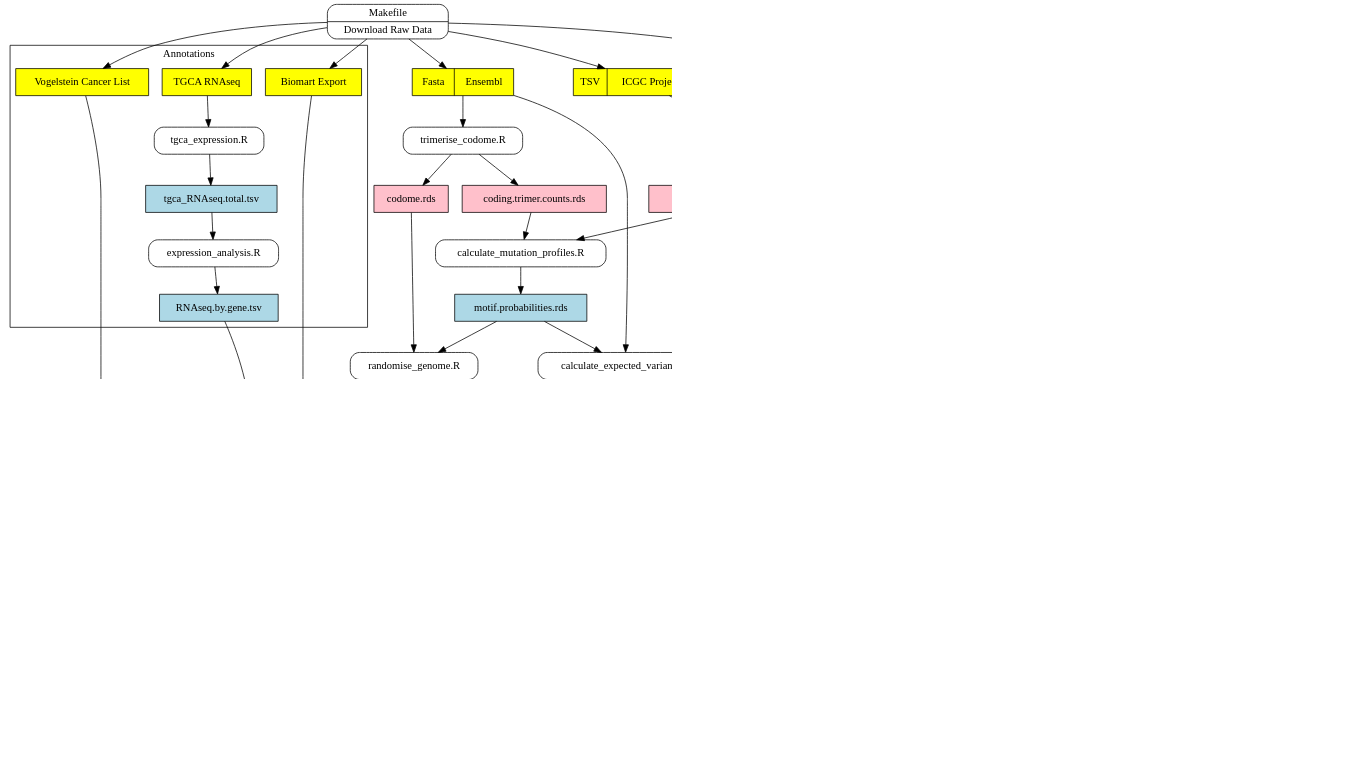
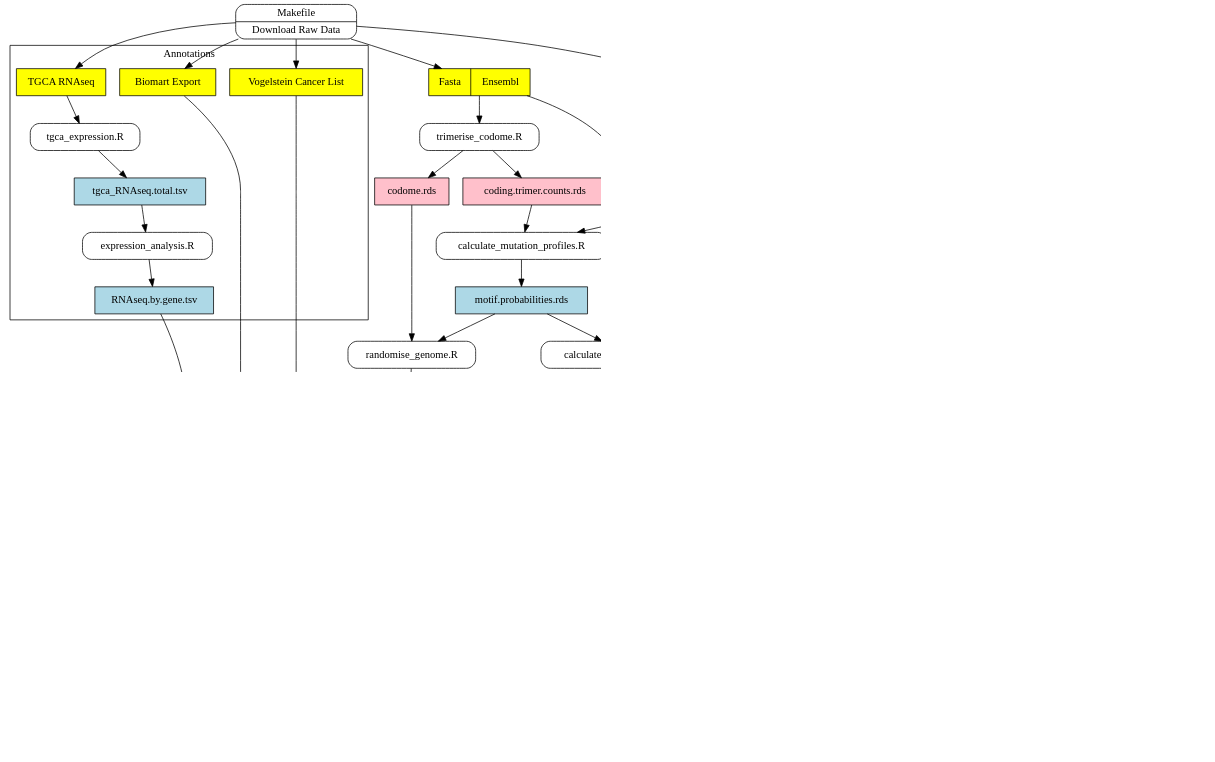
One commit to daniel-wells/somatic-selection changed the diagram in data_flow_diagram.gv. Above: the diagram before and after it, drawn with Graphviz. The commit also changed 1 other file, not shown here.

Commit message:
remove aggregated VCF from data flow diagram
now using project tsv files instead see previous commit

```diff
--- a/data_flow_diagram.gv
+++ b/data_flow_diagram.gv
@@ -1,99 +1,89 @@
 # create on the command line by:
 # dot -Tpng data_flow_diagram.gv -o data_flow_diagram.png
 digraph dfd2{
 	graph [ dpi = 150 ]; 
         node[shape=record]
         subgraph level0{
         fasta [label="Fasta | Ensembl", style=filled, fillcolor=yellow];
-        ICGCagg [label="VFC | ICGC aggregated", style=filled, fillcolor=yellow];
         ICGCindiv [label="TSV | ICGC Project SSM", style=filled, fillcolor=yellow];
-                        {rank=same; fasta,ICGCagg,ICGCindiv}
+                        {rank=same; fasta,ICGCindiv}
 
         expected [label="expected_variants_per_transcript.tsv" shape=box, style=filled, fillcolor=lightblue];
-        observed [label="observed_variants_by_transcript.tsv" shape=box, style=filled, fillcolor=lightblue];
+        observed [label="coding.mutations.rds" shape=box, style=filled, fillcolor=pink];
         dndsTranscript [label="dNdS_by_transcript.tsv" shape=box, style=filled, fillcolor=lightblue];
         dndsgene [label="dNdS_by_gene.tsv" shape=box, style=filled, fillcolor=green];
         graphs [label="Graphs.pdf" shape=box, style=filled, fillcolor=green];
-        enti14 [label="simple_somatic_mutation.aggregated.filtered.vcf" shape=box, style=filled, fillcolor=lightblue];
-        enti15 [label="observed_variants_by_transcript.filtered.tsv" shape=box, style=filled, fillcolor=lightblue];
         singleBaseCodingSubs [label="single.base.coding.substitutions.rds" shape=box, style=filled, fillcolor=pink];
         trimerCounts [label="coding.trimer.counts.rds" shape=box, style=filled, fillcolor=pink];
         motifProbs [label="motif.probabilities.rds" shape=box, style=filled, fillcolor=lightblue];
         aggMut [label="simple.somatic.mutations.aggregated.rds" shape=box, style=filled, fillcolor=pink];
 		codome [label="codome.rds" shape=box, style=filled, fillcolor=pink];
 		randomAggregated [label="random.aggregated.tsv" shape=box, style=filled, fillcolor=lightblue];
 		pvalues [label="p.values.tsv" shape=box, style=filled, fillcolor=lightblue];
 		randomisedRaw [label="randomised raw files (multiple)" shape=box, style=filled, fillcolor=lightblue];
 
         calcExpected [label="calculate_expected_variants.R}" shape=Mrecord];
         calcdnds [label="calculate_dNdS.R}" shape=Mrecord];
         analysednds [label="analyse_dNdS.R}" shape=Mrecord];
-        flatten [label="flatten_vcf.py}" shape=Mrecord];
         MakeDownload [label="{Makefile|Download Raw Data}" shape=Mrecord];
-        proc9 [label="{dNdS.sh|Filter}" shape=Mrecord];
-        proc10 [label="{dNdS.sh|Filter}" shape=Mrecord];
 		randomise [label="{randomise_genome.R}" shape=Mrecord];
 		trimerise [label="{trimerise_codome.R}" shape=Mrecord];
 		load [label="{load_mutations.R}" shape=Mrecord];
-		proc10 [label="{dNdS.sh|Filter}" shape=Mrecord];
         calcProfile [label="{calculate_mutation_profiles.R}" shape=Mrecord];
 		mergeRandom [label="{Makefile|Aggregate files}" shape=Mrecord];
 		calculateP [label="{calculate_pvalues.R}" shape=Mrecord];
         }
 
        subgraph cluster_level1{
                 	label ="Annotations" rank="max";
         		biomart [label="Biomart Export" shape=box, style=filled, fillcolor=yellow];
 	        	vogelstein [label="Vogelstein Cancer List" shape=box, style=filled, fillcolor=yellow];
 	        	rna [label="TGCA RNAseq" shape=box, style=filled, fillcolor=yellow];
 
 			rnaTotal [label="tgca_RNAseq.total.tsv" shape=box, style=filled, fillcolor=lightblue];
 			rnaGene [label="RNAseq.by.gene.tsv" shape=box, style=filled, fillcolor=lightblue];
 
 	        	expression [label="tgca_expression.R}" shape=Mrecord];
 	        	expressionAnalysis [label="expression_analysis.R}" shape=Mrecord];
 
                        # store1 [label="<f0>    |<f1> Data store one"];
                        # store2 [label="<f0>   |<f1> Data store two"];
                        # {rank=same; store1, store2}
 
         }
 
 	subgraph cluster_level2{
                         label ="Key" fontsize="25" rank="min";
         raw [label="Raw Data" shape=box, style=filled, fillcolor=yellow];
 		data [label="Intermediate Data" shape=box, style=filled, fillcolor=lightblue];
 		cachedata [label="Cached Data" shape=box, style=filled, fillcolor=pink];
 	    results [label="Result" shape=box, style=filled, fillcolor=green];
 	    script [label="Script" shape=Mrecord];
         }
 
 	# Download Data
-	MakeDownload -> {fasta, ICGCagg, ICGCindiv, biomart, vogelstein, rna}
+	MakeDownload -> {fasta, ICGCindiv, biomart, vogelstein, rna}
 	
-	ICGCindiv -> load -> {singleBaseCodingSubs,aggMut}
+	ICGCindiv -> load -> {singleBaseCodingSubs,observed,aggMut}
 	{singleBaseCodingSubs,trimerCounts} -> calcProfile -> motifProbs
-	{fasta,motifProbs} -> calcExpected -> expected -> calcdnds 	-> dndsTranscript -> analysednds -> {graphs dndsgene}
+	{fasta,motifProbs} -> calcExpected -> expected
+	{expected,observed} -> calcdnds -> dndsTranscript -> analysednds -> {graphs dndsgene}
 	
 	# Ensembl Fasta
 	fasta -> trimerise -> {codome,trimerCounts}
 	
 	# Create random genomes and calculate Pvalues
 	{codome,motifProbs} -> randomise -> randomisedRaw -> mergeRandom -> randomAggregated -> calculateP -> pvalues -> analysednds
 		dndsTranscript -> calculateP
-
-	# ICGC VCF
-	ICGCagg -> proc9 -> enti14 -> flatten -> observed -> proc10-> enti15 -> calcdnds
-
 
 	# Add annotations
 	{biomart,vogelstein} -> analysednds
 
 	# RNA Expression
 	rna -> expression -> rnaTotal -> expressionAnalysis -> rnaGene -> analysednds
 
 	# Key
 #	raw -> script -> data -> results [style=invis]
-	 enti15 -> script  [style=invis, minlen=4]
+	 calcdnds -> script  [style=invis, minlen=2]
 
 }
```
